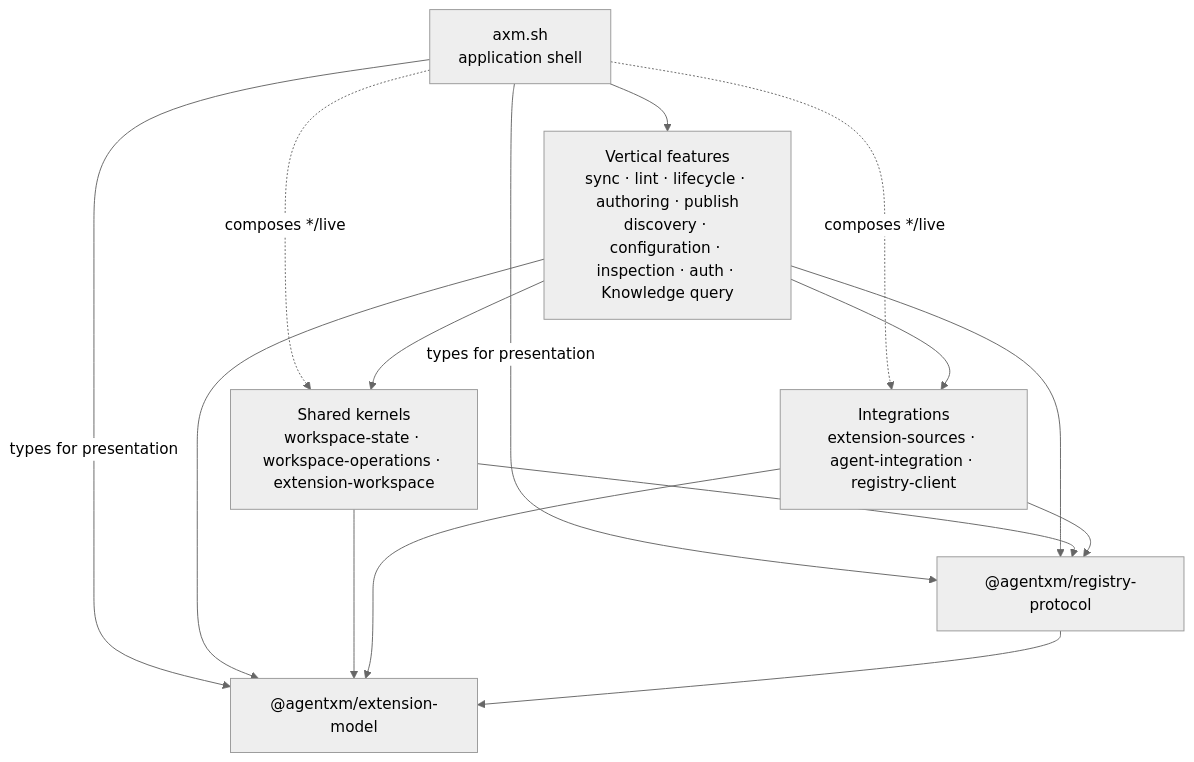
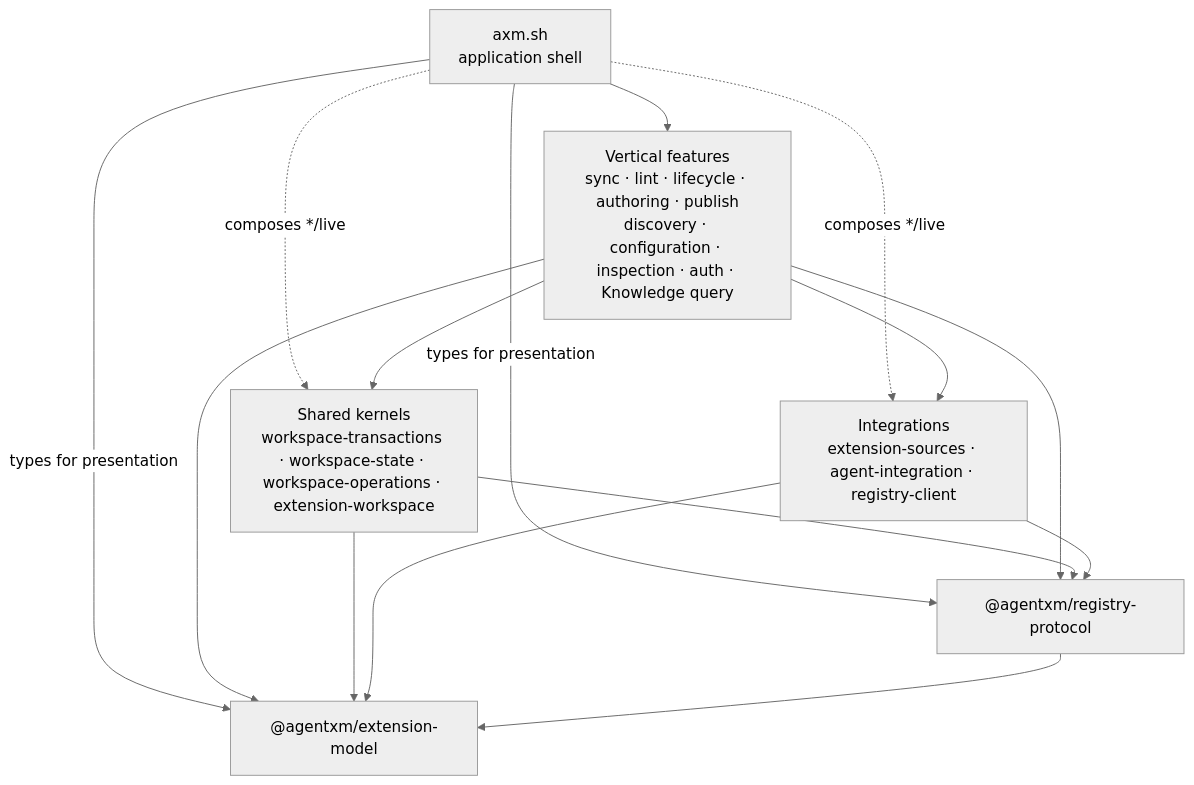
One commit to agentxm/axm changed the first of 2 diagrams in docs/architecture/package-architecture.md. Above: the diagram before and after it, drawn with Mermaid (neutral theme). The commit also changed other lines of this file and 921 other files, not shown here.

````diff
--- a/docs/architecture/package-architecture.md
+++ b/docs/architecture/package-architecture.md
@@ -98,24 +98,24 @@
 ```mermaid
 flowchart TB
   CLI["axm.sh\napplication shell"]
   FEATURES["Vertical features\nsync · lint · lifecycle · authoring · publish\ndiscovery · configuration · inspection · auth · Knowledge query"]
-  KERNELS["Shared kernels\nworkspace-state · workspace-operations · extension-workspace"]
+  KERNELS["Shared kernels\nworkspace-transactions · workspace-state · workspace-operations · extension-workspace"]
   INTEGRATIONS["Integrations\nextension-sources · agent-integration · registry-client"]
   PROTOCOL["@agentxm/registry-protocol"]
   MODEL["@agentxm/extension-model"]
 
   CLI --> FEATURES
   CLI -- "types for presentation" --> PROTOCOL
   CLI -- "types for presentation" --> MODEL
   CLI -. "composes */live" .-> KERNELS
   CLI -. "composes */live" .-> INTEGRATIONS
   FEATURES --> KERNELS
   FEATURES --> INTEGRATIONS
   FEATURES --> PROTOCOL
   FEATURES --> MODEL
   KERNELS --> PROTOCOL
   KERNELS --> MODEL
   INTEGRATIONS --> PROTOCOL
   INTEGRATIONS --> MODEL
   PROTOCOL --> MODEL
 ```
````
